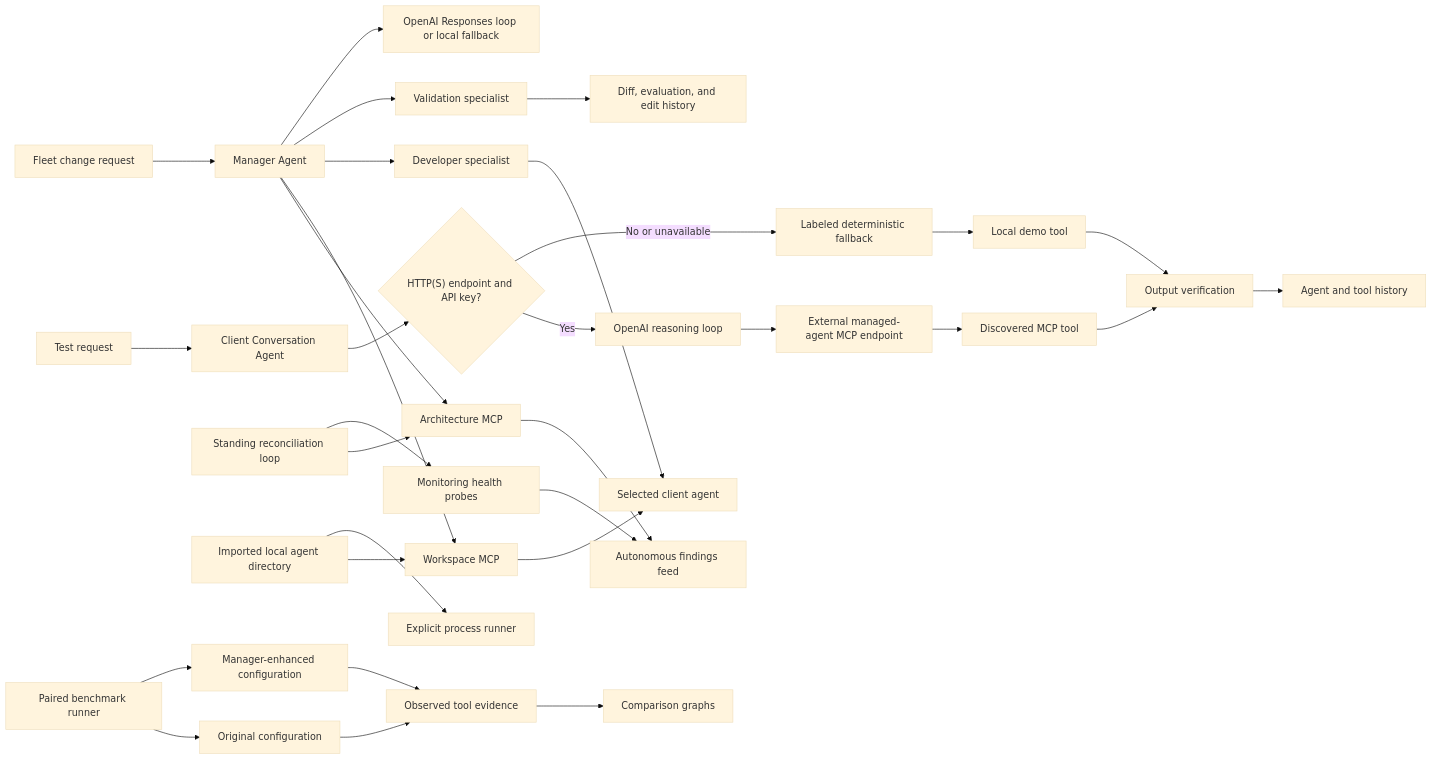
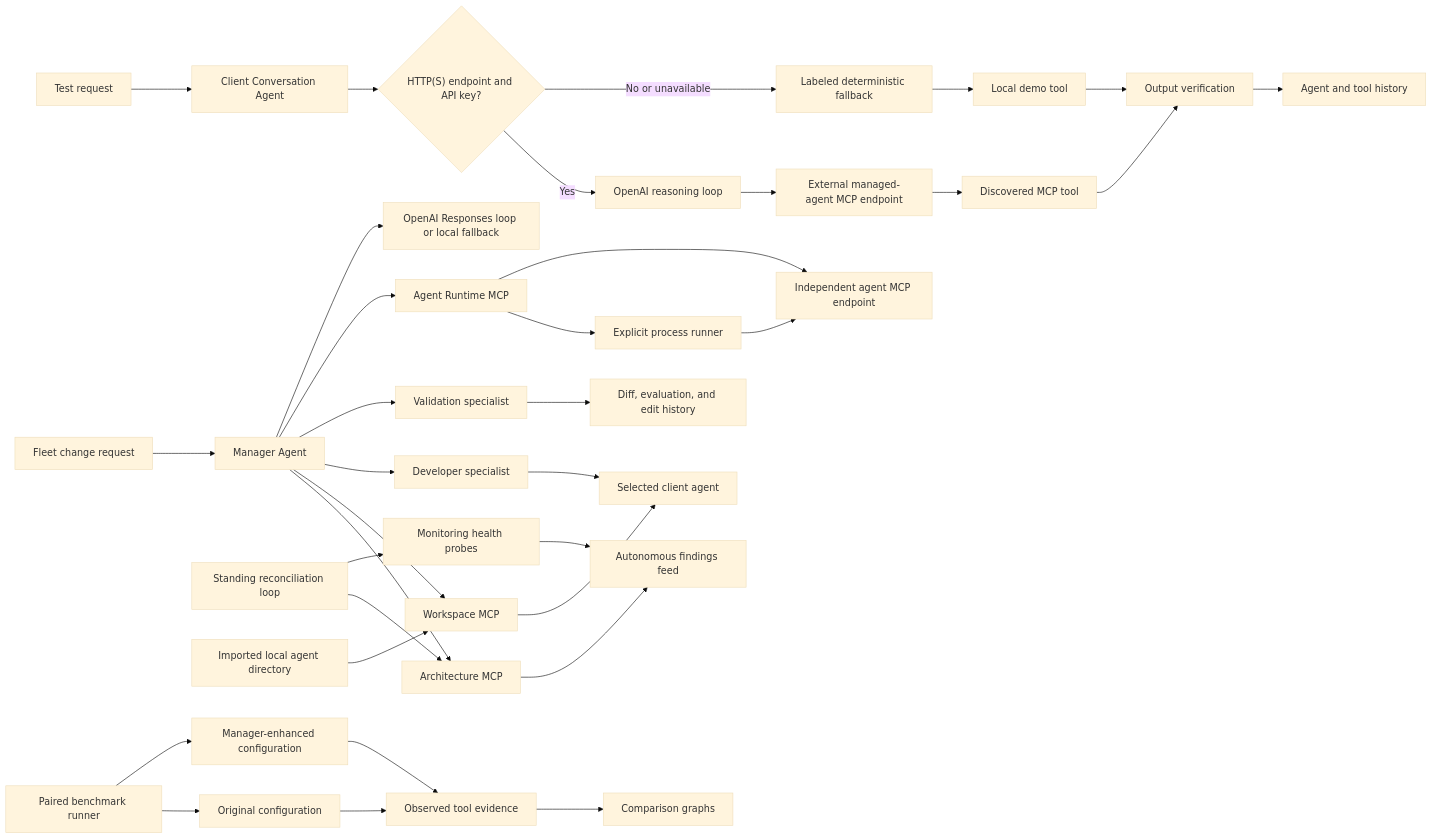
The diagram in README.md (akashsenthilkumar06/AgentManager), drawn with Mermaid (base theme) before and after one commit. The commit also changed other lines of this file and 29 other files, not shown here.

````diff
--- a/README.md
+++ b/README.md
@@ -56,33 +64,36 @@
 ```mermaid
 flowchart LR
     U["Fleet change request"] --> AM["Manager Agent"]
     AM --> AS["Architecture MCP"]
     AM --> WS["Workspace MCP"]
     AM --> DS["Developer specialist"]
     AM --> VS["Validation specialist"]
+    AM --> RT["Agent Runtime MCP"]
     WS --> MA["Selected client agent"]
     DS --> MA
     VS --> EH["Diff, evaluation, and edit history"]
     U2["Test request"] --> C["Client Conversation Agent"]
     C --> LM{"HTTP(S) endpoint and API key?"}
     LM -->|Yes| OAI2["OpenAI reasoning loop"]
     OAI2 --> RMCP["External managed-agent MCP endpoint"]
     RMCP --> T["Discovered MCP tool"]
     LM -->|No or unavailable| DF["Labeled deterministic fallback"]
     DF --> T2["Local demo tool"]
     T --> OV["Output verification"]
     T2 --> OV
     OV --> TH["Agent and tool history"]
     AM --> OAI["OpenAI Responses loop or local fallback"]
     RC["Standing reconciliation loop"] --> AS
     RC --> MH["Monitoring health probes"]
     AS --> FF["Autonomous findings feed"]
     MH --> FF
     IA["Imported local agent directory"] --> WS
-    IA --> PR["Explicit process runner"]
+    RT --> PR["Explicit process runner"]
+    PR --> EMCP["Independent agent MCP endpoint"]
+    RT --> EMCP
     BM["Paired benchmark runner"] --> B0["Original configuration"]
     BM --> B1["Manager-enhanced configuration"]
     B0 --> BE["Observed tool evidence"]
     B1 --> BE
     BE --> BG["Comparison graphs"]
 ```
````
